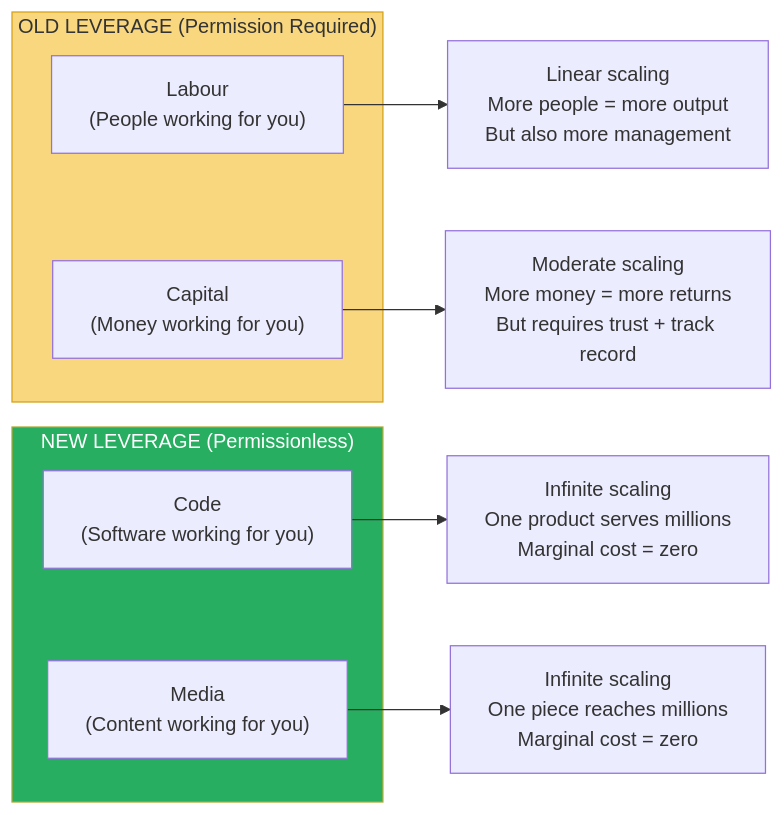
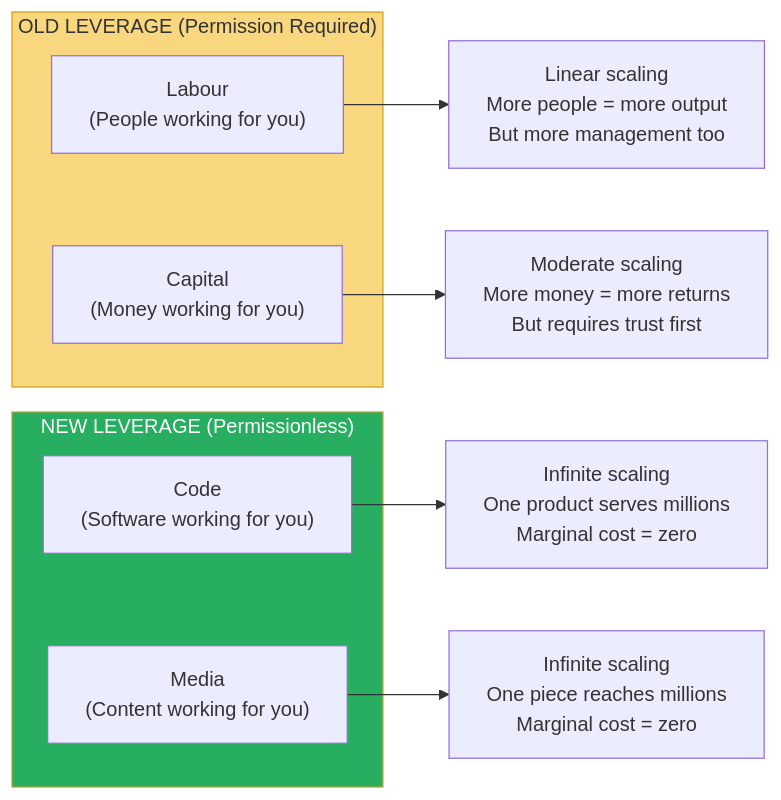
One commit to alius33/reader changed the second of 6 diagrams in summaries/Mindset & Self-Mastery/The Almanack of Naval Ravikant - Eric Jorgenson.md. Above: the diagram before and after it, drawn with Mermaid. The commit also changed other lines of this file and 272 other files, not shown here.

````diff
--- a/summaries/Mindset & Self-Mastery/The Almanack of Naval Ravikant - Eric Jorgenson.md
+++ b/summaries/Mindset & Self-Mastery/The Almanack of Naval Ravikant - Eric Jorgenson.md
@@ -155,17 +246,17 @@
 ```mermaid
 flowchart LR
     subgraph old ["OLD LEVERAGE (Permission Required)"]
-        Labour["Labour\n(People working for you)"]
-        Capital["Capital\n(Money working for you)"]
+        Labour["Labour<br>(People working for you)"]
+        Capital["Capital<br>(Money working for you)"]
     end
     subgraph new ["NEW LEVERAGE (Permissionless)"]
-        Code["Code\n(Software working for you)"]
-        Media["Media\n(Content working for you)"]
+        Code["Code<br>(Software working for you)"]
+        Media["Media<br>(Content working for you)"]
     end
-    Labour --> Output1["Linear scaling\nMore people = more output\nBut also more management"]
-    Capital --> Output2["Moderate scaling\nMore money = more returns\nBut requires trust + track record"]
-    Code --> Output3["Infinite scaling\nOne product serves millions\nMarginal cost = zero"]
-    Media --> Output4["Infinite scaling\nOne piece reaches millions\nMarginal cost = zero"]
+    Labour --> Output1["Linear scaling<br>More people = more output<br>But more management too"]
+    Capital --> Output2["Moderate scaling<br>More money = more returns<br>But requires trust first"]
+    Code --> Output3["Infinite scaling<br>One product serves millions<br>Marginal cost = zero"]
+    Media --> Output4["Infinite scaling<br>One piece reaches millions<br>Marginal cost = zero"]
     style new fill:#27ae60,color:#fff
     style old fill:#f9d77e,stroke:#d4a017
 ```
````
